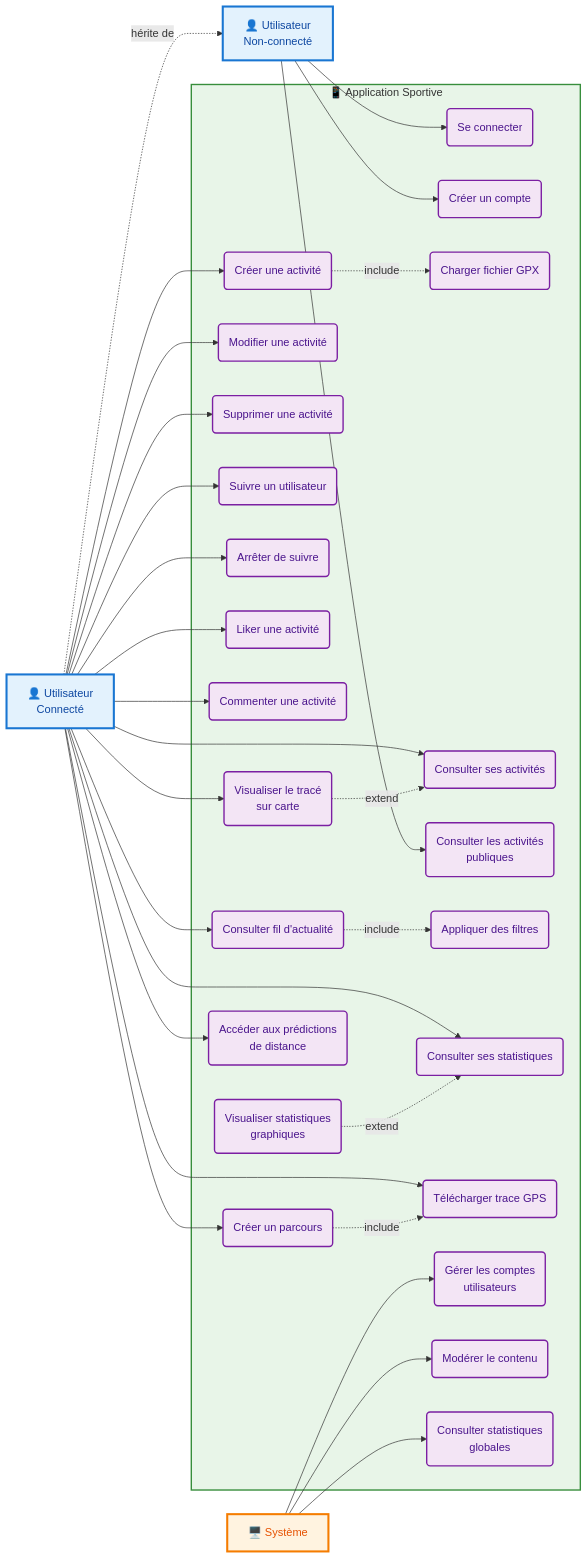
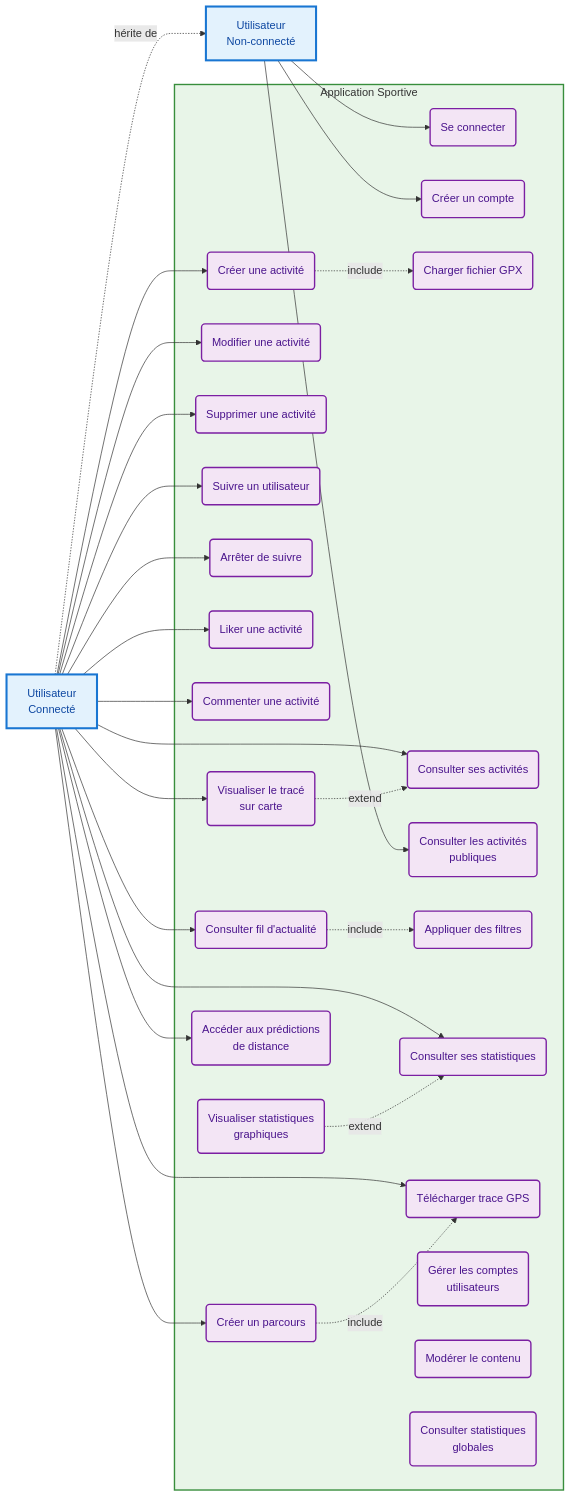
Before and after one commit to MariusAnicet/test: the diagram in diag_cas_utili_mermaid.md, drawn with Mermaid.

```diff
--- a/diag_cas_utili_mermaid.md
+++ b/diag_cas_utili_mermaid.md
@@ -2,12 +2,11 @@
 
 graph LR
     %% Acteurs
-    UtilisateurNonConnecte[👤 Utilisateur<br/>Non-connecté]
-    UtilisateurConnecte[👤 Utilisateur<br/>Connecté]
-    Systeme[🖥️ Système]
+    UtilisateurNonConnecte[ Utilisateur<br/>Non-connecté]
+    UtilisateurConnecte[ Utilisateur<br/>Connecté]
 
     %% Frontière du système
-    subgraph AppSportive["📱 Application Sportive"]
+    subgraph AppSportive["Application Sportive"]
         
         %% Authentification
         SeConnecter(Se connecter)
@@ -72,10 +71,6 @@
     UtilisateurConnecte --> TelechargerTraceGPS
     UtilisateurConnecte --> PredictionsDistance
 
-    %% Relations Système
-    Systeme --> GererComptes
-    Systeme --> ModererContenu
-    Systeme --> ConsulterStatistiquesGlobales
 
     %% Relations d'inclusion (include)
     CreerActivite -.->|include| ChargerFichierGPX
```
